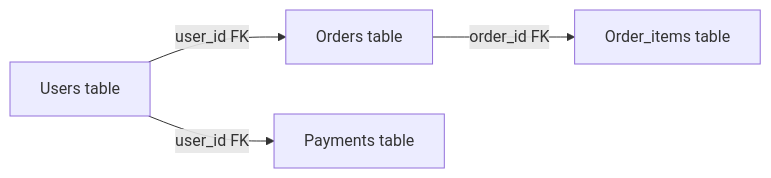
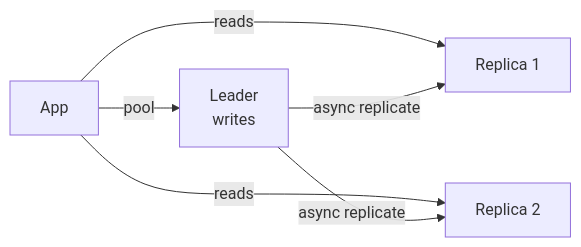
The diagram in content/system-design/sql-databases.md (rakshitagarwal/champ-dsa), drawn with Mermaid before and after one commit. The commit also changed other lines of this file and 100 other files, not shown here.

````diff
--- a/content/system-design/sql-databases.md
+++ b/content/system-design/sql-databases.md
@@ -21,6 +39,8 @@
 ```mermaid
 graph LR
-    A[Users table] -->|user_id FK| B[Orders table]
-    A -->|user_id FK| C[Payments table]
-    B -->|order_id FK| D[Order_items table]
+    A[App] -->|pool| B[Leader<br/>writes]
+    A -->|reads| C[Replica 1]
+    A -->|reads| D[Replica 2]
+    B -->|async replicate| C
+    B -->|async replicate| D
 ```
````
